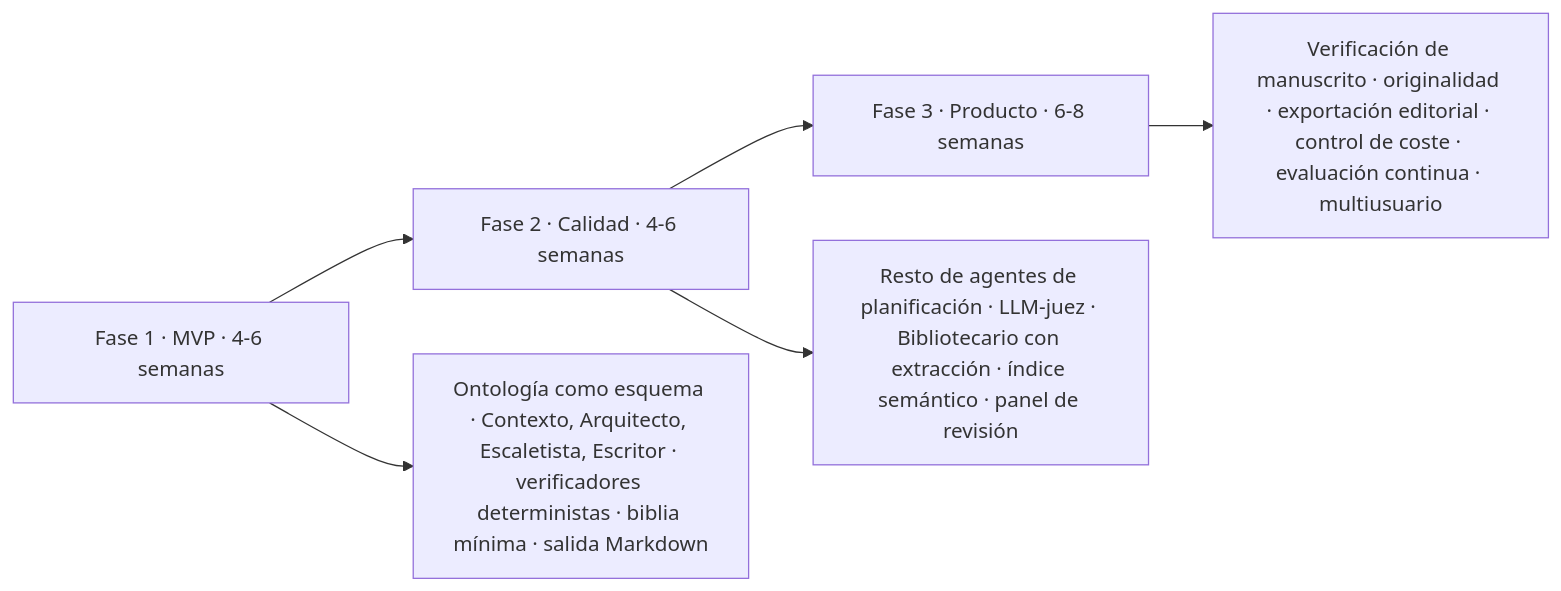
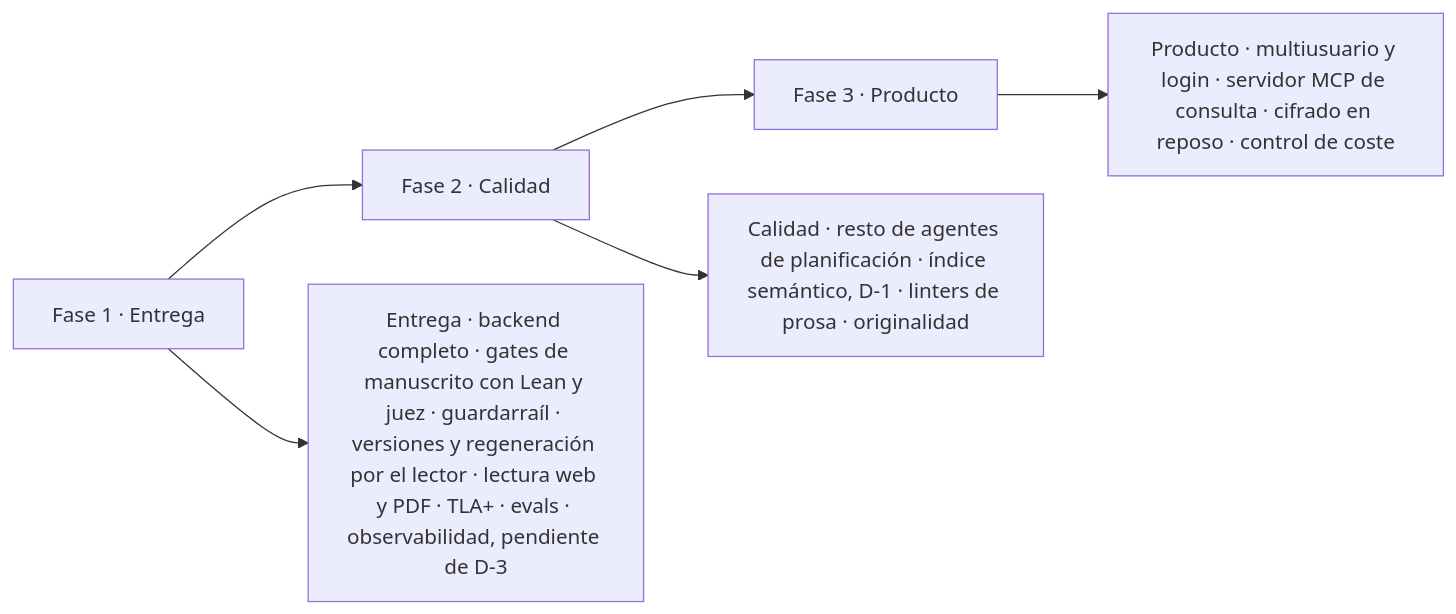
The tenth of 10 diagrams in docs/architecture.md (Asieribarz/my-story-marker), drawn with Mermaid before and after one commit. The commit also changed other lines of this file and 6 other files, not shown here.

````diff
--- a/docs/architecture.md
+++ b/docs/architecture.md
@@ -551,7 +681,7 @@
 ```mermaid
 flowchart LR
-  F1["Fase 1 · MVP · 4-6 semanas"] --> F2["Fase 2 · Calidad · 4-6 semanas"] --> F3["Fase 3 · Producto · 6-8 semanas"]
-  F1 --> F1a["Ontología como esquema · Contexto, Arquitecto, Escaletista, Escritor · verificadores deterministas · biblia mínima · salida Markdown"]
-  F2 --> F2a["Resto de agentes de planificación · LLM-juez · Bibliotecario con extracción · índice semántico · panel de revisión"]
-  F3 --> F3a["Verificación de manuscrito · originalidad · exportación editorial · control de coste · evaluación continua · multiusuario"]
+  F1["Fase 1 · Entrega"] --> F2["Fase 2 · Calidad"] --> F3["Fase 3 · Producto"]
+  F1 --> F1a["Entrega · backend completo · gates de manuscrito con Lean y juez · guardarraíl · versiones y regeneración por el lector · lectura web y PDF · TLA+ · evals · observabilidad, pendiente de D-3"]
+  F2 --> F2a["Calidad · resto de agentes de planificación · índice semántico, D-1 · linters de prosa · originalidad"]
+  F3 --> F3a["Producto · multiusuario y login · servidor MCP de consulta · cifrado en reposo · control de coste"]
 ```
````
